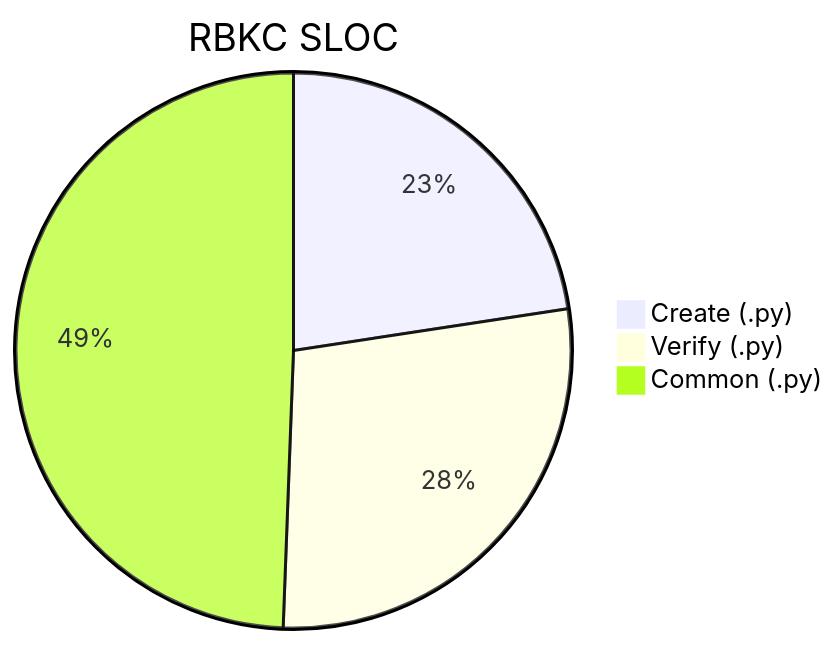
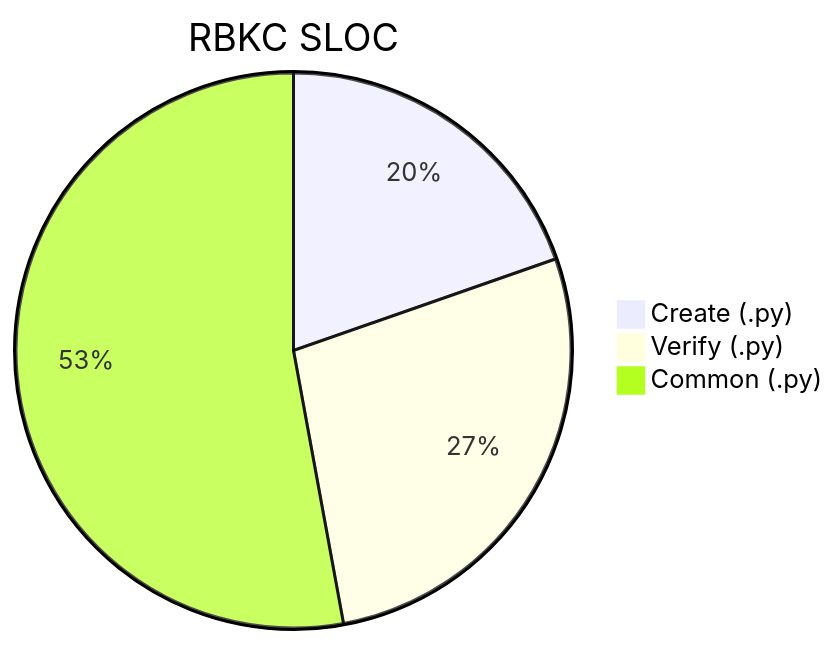
The tenth of 14 diagrams in docs/metrics.md (nablarch/nabledge-dev), drawn with Mermaid before and after one commit. The commit also changed other lines of this file and 2 other files, not shown here.

````diff
--- a/docs/metrics.md
+++ b/docs/metrics.md
@@ -139,6 +139,6 @@
 ```mermaid
 pie title RBKC SLOC
-  "Create (.py)" : 1296
-  "Verify (.py)" : 1606
-  "Common (.py)" : 2834
+  "Create (.py)" : 1172
+  "Verify (.py)" : 1638
+  "Common (.py)" : 3154
 ```
````
